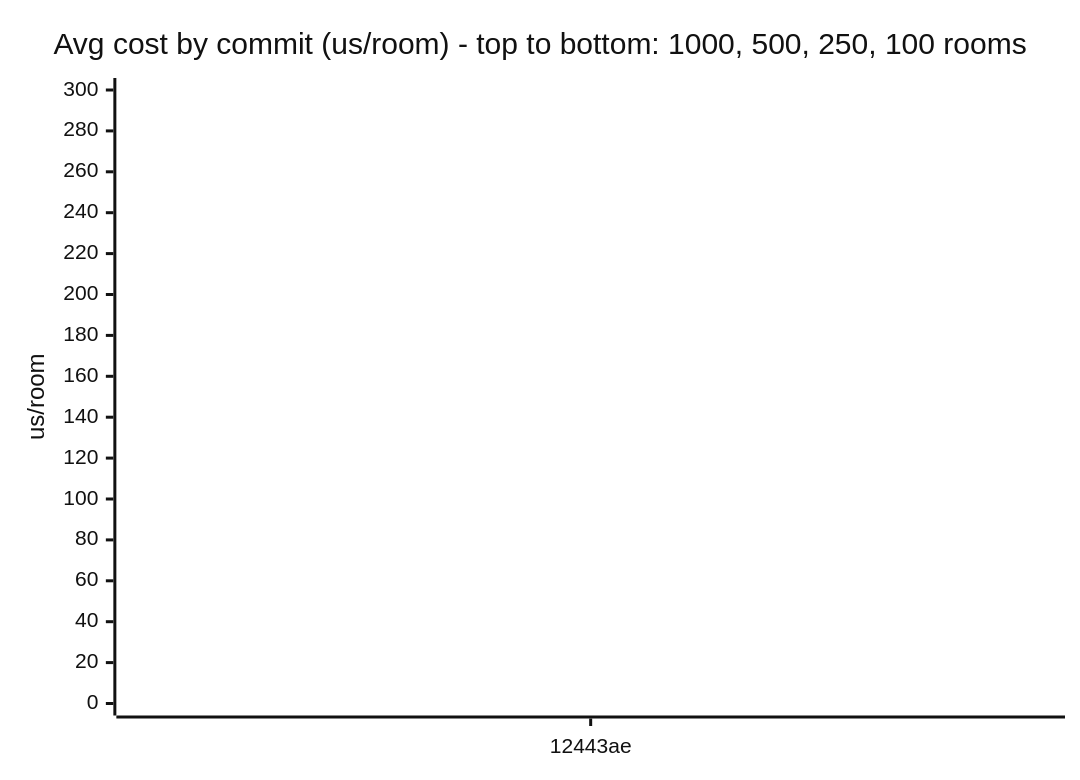
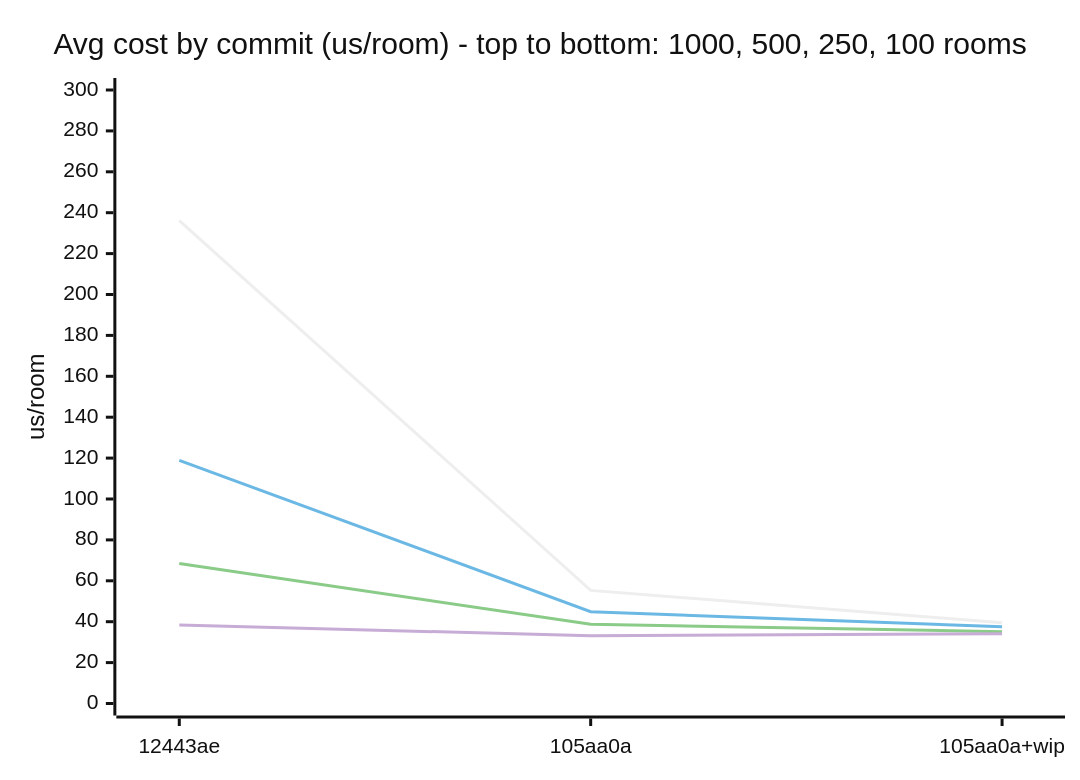
Before and after one commit to ezraclintoc/TheAmazingDungeon: the diagram in spec.md, drawn with Mermaid (neutral theme). The commit also changed other lines of this file and 5 other files, not shown here.

````diff
--- a/spec.md
+++ b/spec.md
@@ -155,10 +167,10 @@
 ```mermaid
 xychart-beta
     title "Avg cost by commit (us/room) - top to bottom: 1000, 500, 250, 100 rooms"
-    x-axis ["12443ae"]
+    x-axis ["12443ae", "105aa0a", "105aa0a+wip"]
     y-axis "us/room" 0 --> 300
-    line [236.18]
-    line [118.93]
-    line [68.46]
-    line [38.37]
+    line [236.18, 55.31, 39.46]
+    line [118.93, 44.87, 37.54]
+    line [68.46, 38.73, 35.13]
+    line [38.37, 33.13, 34.12]
 ```
````
